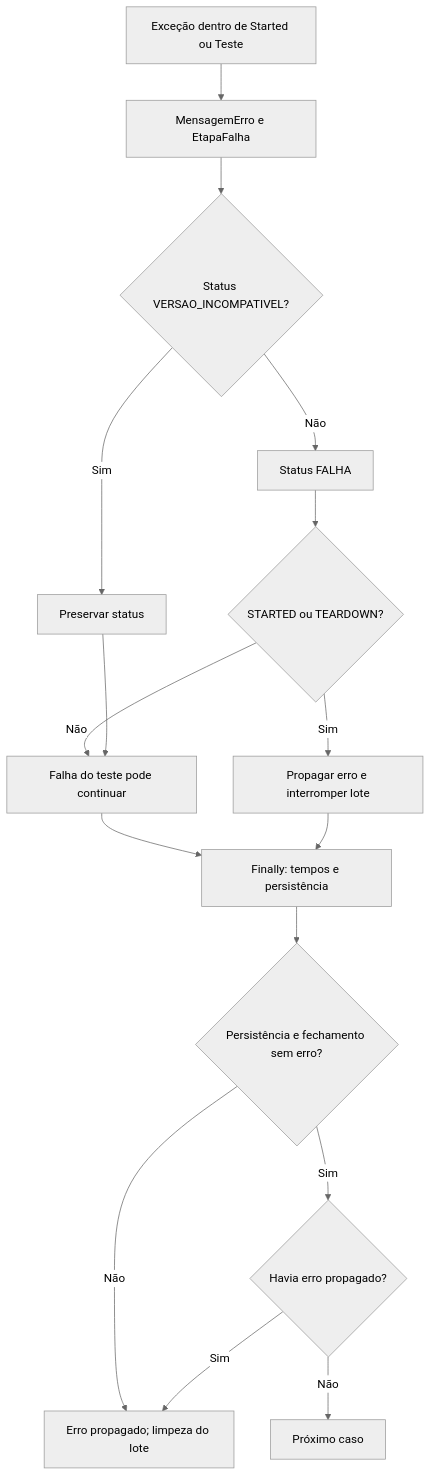
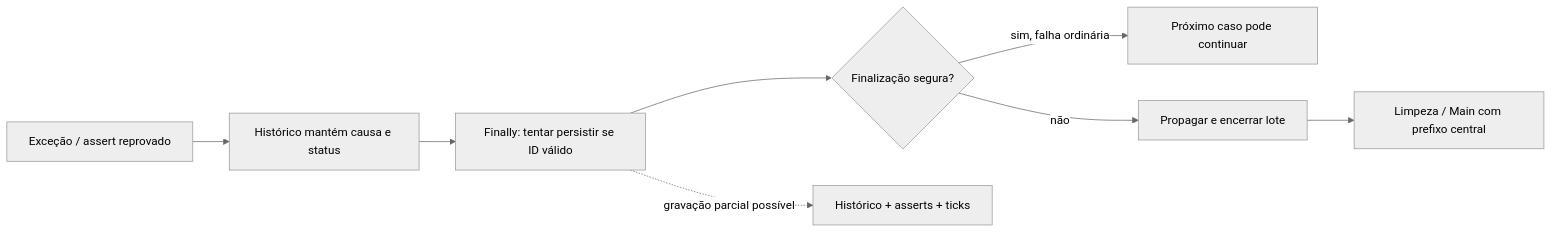
The diagram in docs/MAPEAMENTO_AST_USES_UNITS/runner/falhas.md (ModulosTestesAutomatizados/TestesAutomatizadosERP), drawn with Mermaid (neutral theme) before and after one commit. The commit also changed other lines of this file and 33 other files, not shown here.

````diff
--- a/docs/MAPEAMENTO_AST_USES_UNITS/runner/falhas.md
+++ b/docs/MAPEAMENTO_AST_USES_UNITS/runner/falhas.md
@@ -5,18 +3,10 @@
 ```mermaid
-flowchart TD
-  Erro["Exceção dentro de Started ou Teste"] --> Registro["MensagemErro e EtapaFalha"]
-  Registro --> Versao{"Status VERSAO_INCOMPATIVEL?"}
-  Versao -- Sim --> Preservar["Preservar status"]
-  Versao -- Não --> Falha["Status FALHA"]
-  Falha --> Inseguro{"STARTED ou TEARDOWN?"}
-  Inseguro -- Sim --> Propagar["Propagar erro e interromper lote"]
-  Inseguro -- Não --> Continuar["Falha do teste pode continuar"]
-  Preservar --> Continuar
-  Continuar --> Persistir["Finally: tempos e persistência"]
-  Propagar --> Persistir
-  Persistir --> Persistencia{"Persistência e fechamento sem erro?"}
-  Persistencia -- Não --> Abortar["Erro propagado; limpeza do lote"]
-  Persistencia -- Sim --> Decisao{"Havia erro propagado?"}
-  Decisao -- Sim --> Abortar
-  Decisao -- Não --> Proximo["Próximo caso"]
+flowchart LR
+ E["Exceção / assert reprovado"] --> H["Histórico mantém causa e status"]
+ H --> F["Finally: tentar persistir se ID válido"]
+ F --> Q{"Finalização segura?"}
+ Q -- "sim, falha ordinária" --> N["Próximo caso pode continuar"]
+ Q -- "não" --> P["Propagar e encerrar lote"]
+ F -. "gravação parcial possível" .-> D["Histórico + asserts + ticks"]
+ P --> C["Limpeza / Main com prefixo central"]
 ```
````
